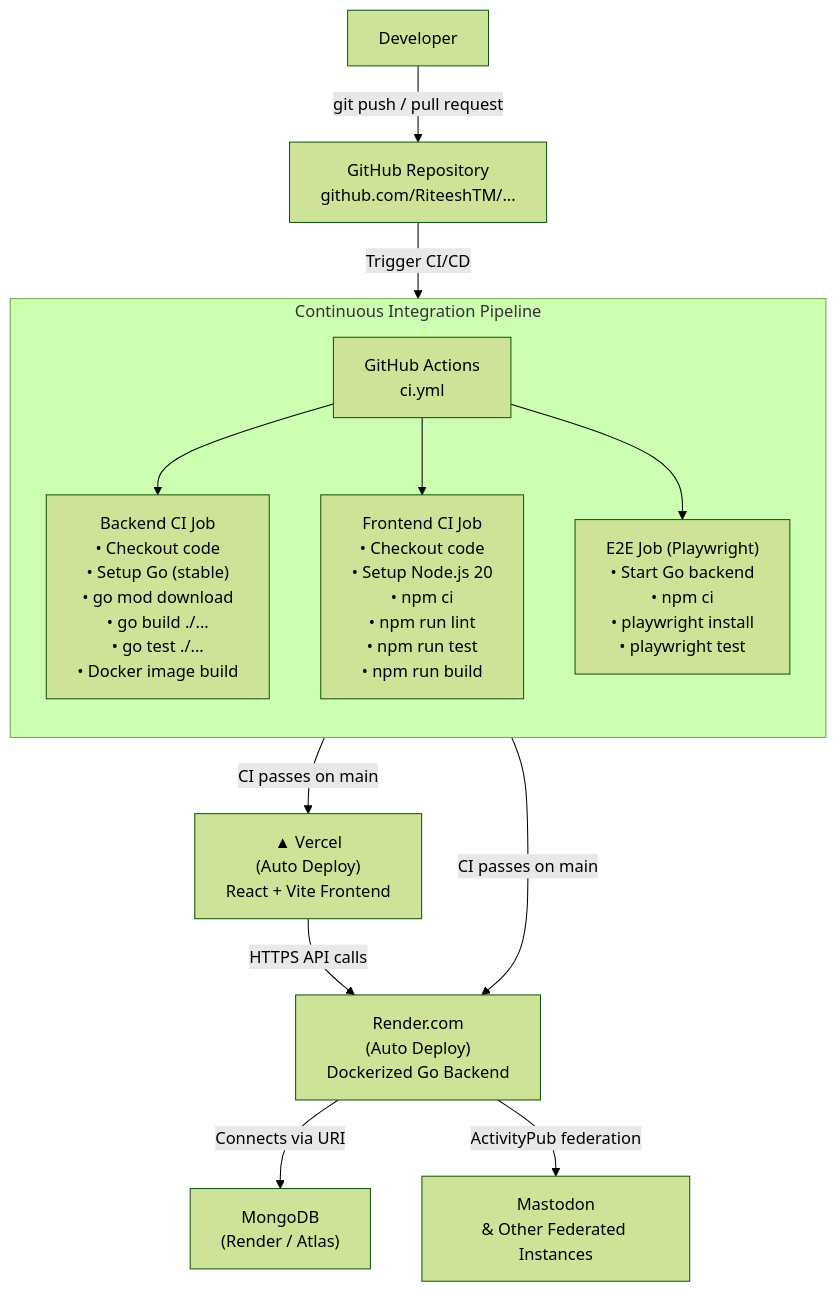
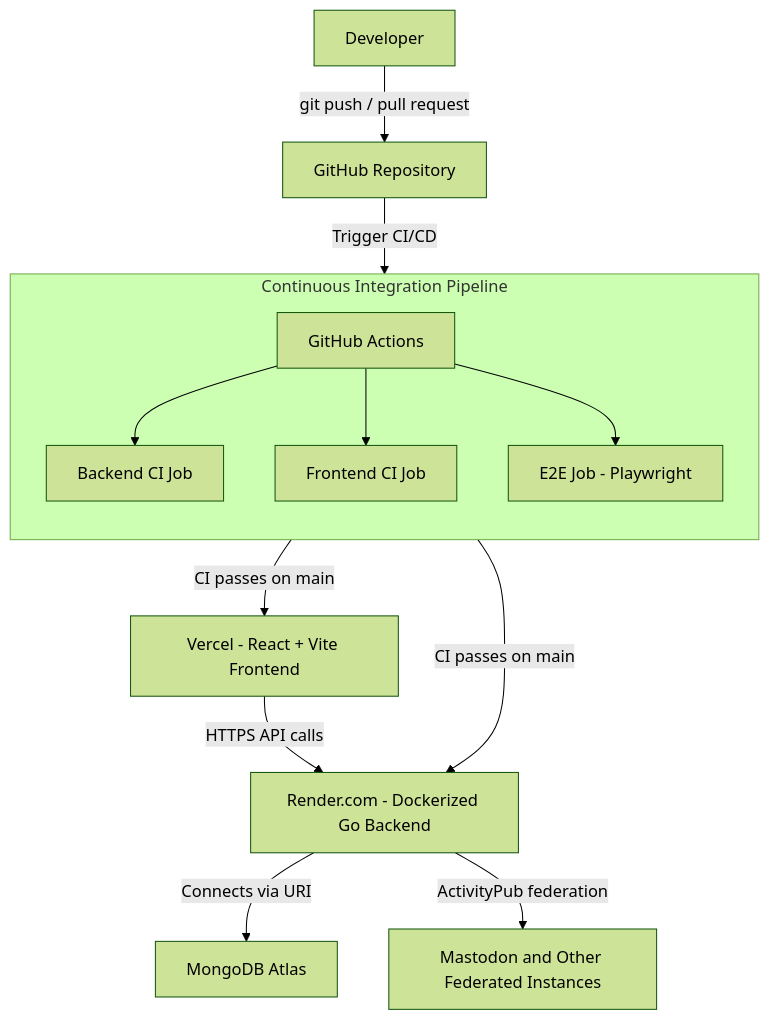
Before and after one commit to alexnikshith/Federated-Decentralized-Social-Networking-Platform: the diagram in Devops_Strategy.md, drawn with Mermaid (forest theme). The commit also changed other lines of this file, not shown here.

Commit message:
docs : removed \n from mermaid and modified the database part of the document

````diff
--- a/Devops_Strategy.md
+++ b/Devops_Strategy.md
@@ -24,23 +24,23 @@
 ```mermaid
 flowchart TD
     Dev["Developer"]
 
-    Dev -->|git push / pull request| GH["GitHub Repository\ngithub.com/RiteeshTM/..."]
+    Dev -->|git push / pull request| GH["GitHub Repository"]
 
-    GH -->|Trigger CI/CD| GA["GitHub Actions\nci.yml"]
+    GH -->|Trigger CI/CD| GA["GitHub Actions"]
 
     subgraph CI ["Continuous Integration Pipeline"]
         direction TB
-        GA --> B_CI["Backend CI Job\n• Checkout code\n• Setup Go (stable)\n• go mod download\n• go build ./...\n• go test ./...\n• Docker image build"]
-        GA --> F_CI["Frontend CI Job\n• Checkout code\n• Setup Node.js 20\n• npm ci\n• npm run lint\n• npm run test\n• npm run build"]
-        GA --> E2E["E2E Job (Playwright)\n• Start Go backend\n• npm ci\n• playwright install\n• playwright test"]
+        GA --> B_CI["Backend CI Job"]
+        GA --> F_CI["Frontend CI Job"]
+        GA --> E2E["E2E Job - Playwright"]
     end
 
-    B_CI -->|CI passes on main| Render["Render.com\n(Auto Deploy)\nDockerized Go Backend"]
-    F_CI -->|CI passes on main| Vercel["▲ Vercel\n(Auto Deploy)\nReact + Vite Frontend"]
+    B_CI -->|CI passes on main| Render["Render.com - Dockerized Go Backend"]
+    F_CI -->|CI passes on main| Vercel["Vercel - React + Vite Frontend"]
 
-    Render -->|Connects via URI| MongoDB["MongoDB\n(Render / Atlas)"]
+    Render -->|Connects via URI| MongoDB["MongoDB Atlas"]
 
     Vercel -->|HTTPS API calls| Render
-    Render -->|ActivityPub federation| Mastodon["Mastodon\n& Other Federated Instances"]
+    Render -->|ActivityPub federation| Mastodon["Mastodon and Other Federated Instances"]
 ```
````
